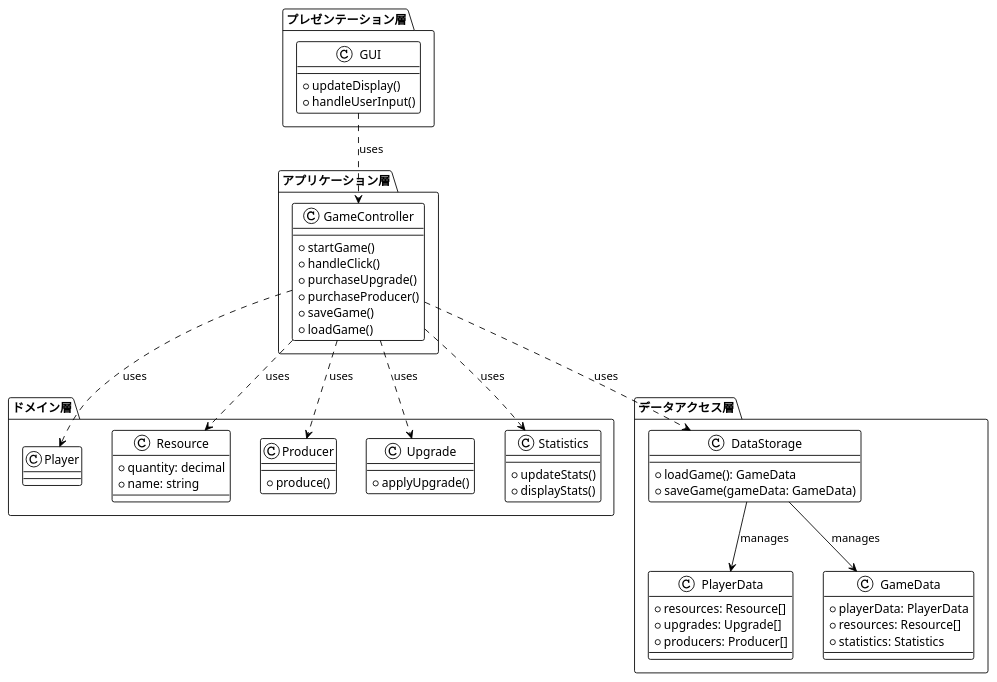
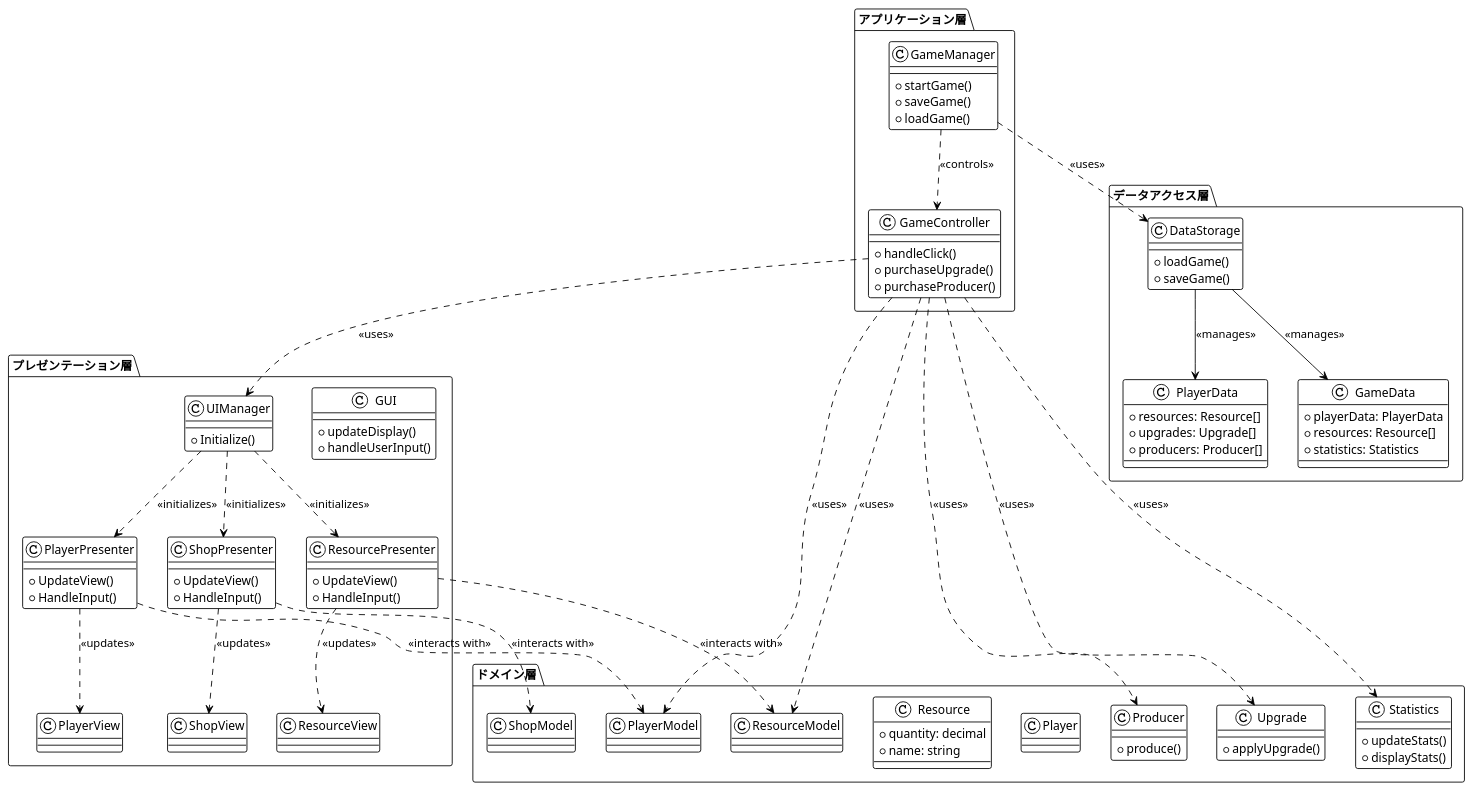
Before and after one commit to VGA-Team2024/TeamW: the diagram in Assets/CookieClickerProject/Design/ClassTree/CookieClickerProject.puml, drawn with PlantUML. The commit also changed 1 other file, not shown here.

```diff
--- a/Assets/CookieClickerProject/Design/ClassTree/CookieClickerProject.puml
+++ b/Assets/CookieClickerProject/Design/ClassTree/CookieClickerProject.puml
@@ -1,72 +1,113 @@
 @startuml
 !theme plain
 
+' プレゼンテーション層
 package "プレゼンテーション層" {
-  class GUI {
-    +updateDisplay()
-    +handleUserInput()
-  }
+    class GUI {
+        +updateDisplay()
+        +handleUserInput()
+    }
+    class UIManager {
+        +Initialize()
+    }
+    class PlayerView {
+    }
+    class PlayerPresenter {
+        +UpdateView()
+        +HandleInput()
+    }
+    class ShopView {
+    }
+    class ShopPresenter {
+        +UpdateView()
+        +HandleInput()
+    }
+    class ResourceView {
+    }
+    class ResourcePresenter {
+        +UpdateView()
+        +HandleInput()
+    }
 }
 
+' アプリケーション層
 package "アプリケーション層" {
-  class GameController {
-    +startGame()
-    +handleClick()
-    +purchaseUpgrade()
-    +purchaseProducer()
-    +saveGame()
-    +loadGame()
-  }
+    class GameManager {
+        +startGame()
+        +saveGame()
+        +loadGame()
+    }
+    class GameController {
+        +handleClick()
+        +purchaseUpgrade()
+        +purchaseProducer()
+    }
 }
 
+' ドメイン層
 package "ドメイン層" {
-  class Player {
-  }
-
-  class Resource {
-    +quantity: decimal
-    +name: string
-  }
-  
-  class Producer {
-    +produce()
-  }
-
-  class Upgrade {
-    +applyUpgrade()
-  }
-
-  class Statistics {
-    +updateStats()
-    +displayStats()
-  }
+    class PlayerModel {
+    }
+    class ShopModel {
+    }
+    class ResourceModel {
+    }
+    class Player {
+    }
+    class Resource {
+        +quantity: decimal
+        +name: string
+    }
+    class Producer {
+        +produce()
+    }
+    class Upgrade {
+        +applyUpgrade()
+    }
+    class Statistics {
+        +updateStats()
+        +displayStats()
+    }
 }
 
+' データアクセス層
 package "データアクセス層" {
-  class DataStorage {
-    +loadGame(): GameData
-    +saveGame(gameData: GameData)
-  }
-  class PlayerData {
-    +resources: Resource[]
-    +upgrades: Upgrade[]
-    +producers: Producer[]
-  }
-  class GameData {
-    +playerData: PlayerData
-    +resources: Resource[]
-    +statistics: Statistics
-  }
+    class DataStorage {
+        +loadGame()
+        +saveGame() 
+    }
+    class PlayerData {
+        +resources: Resource[]
+        +upgrades: Upgrade[]
+        +producers: Producer[]
+    }
+    class GameData {
+        +playerData: PlayerData
+        +resources: Resource[]
+        +statistics: Statistics
+    }
 }
 
-GUI ..> GameController : uses
-GameController ..> Player : uses
-GameController ..> Resource : uses
-GameController ..> Producer : uses
-GameController ..> Upgrade : uses
-GameController ..> Statistics : uses
-GameController ..> DataStorage : uses
-DataStorage --> PlayerData : manages
-DataStorage --> GameData : manages
+' 依存関係
+GameManager ..> GameController : <<controls>>
+GameController ..> UIManager : <<uses>>
+UIManager ..> PlayerPresenter : <<initializes>>
+UIManager ..> ShopPresenter : <<initializes>>
+UIManager ..> ResourcePresenter : <<initializes>>
+PlayerPresenter ..> PlayerModel : <<interacts with>>
+PlayerPresenter ..> PlayerView : <<updates>>
+ShopPresenter ..> ShopModel : <<interacts with>>
+ShopPresenter ..> ShopView : <<updates>>
+ResourcePresenter ..> ResourceModel : <<interacts with>>
+ResourcePresenter ..> ResourceView : <<updates>>
+GameManager ..> DataStorage : <<uses>>
+DataStorage --> GameData : <<manages>>
+DataStorage --> PlayerData : <<manages>>
+GameController ..> PlayerModel : <<uses>>
+GameController ..> ResourceModel : <<uses>>
+GameController ..> Producer : <<uses>>
+GameController ..> Upgrade : <<uses>>
+GameController ..> Statistics : <<uses>>
+
 
 @enduml
```
